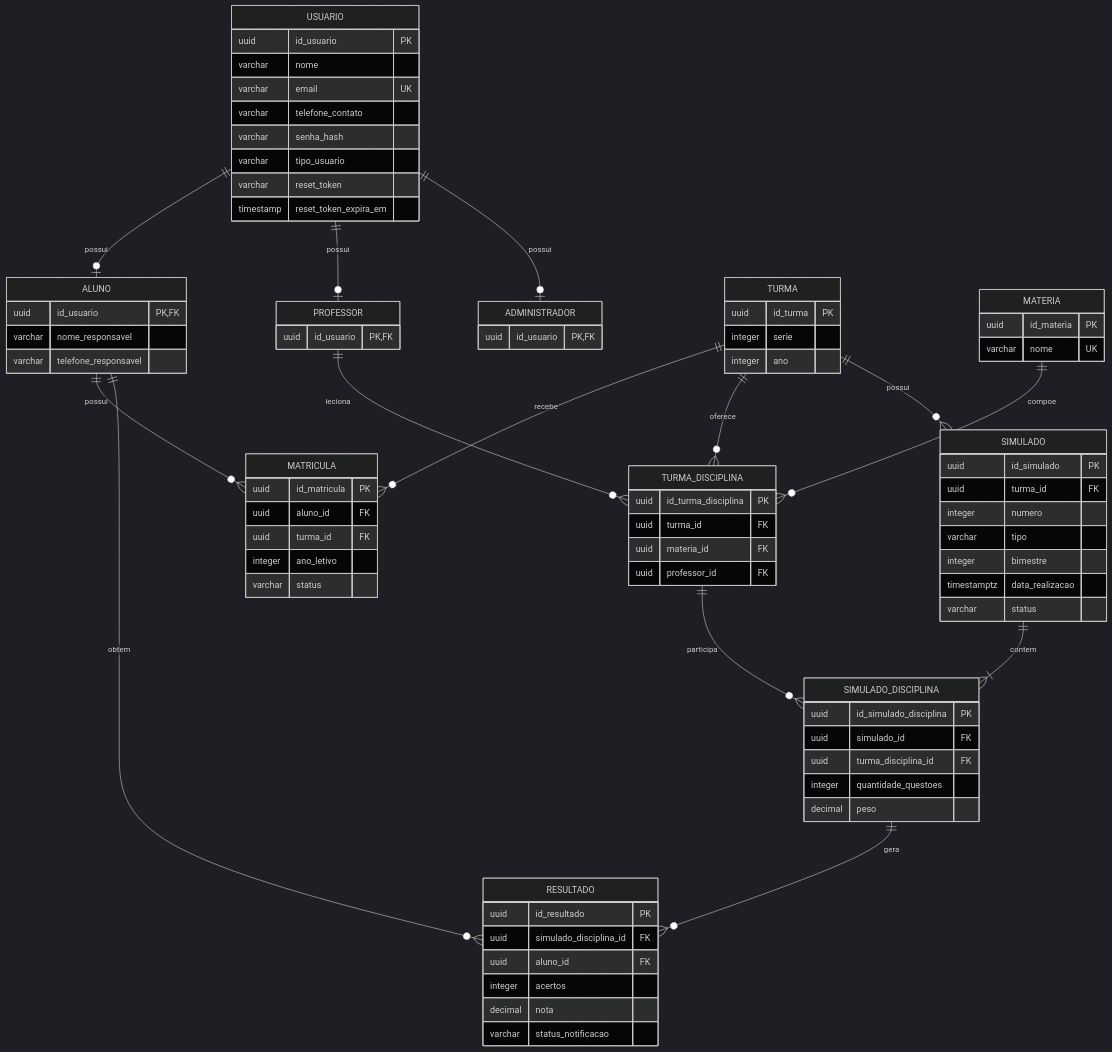
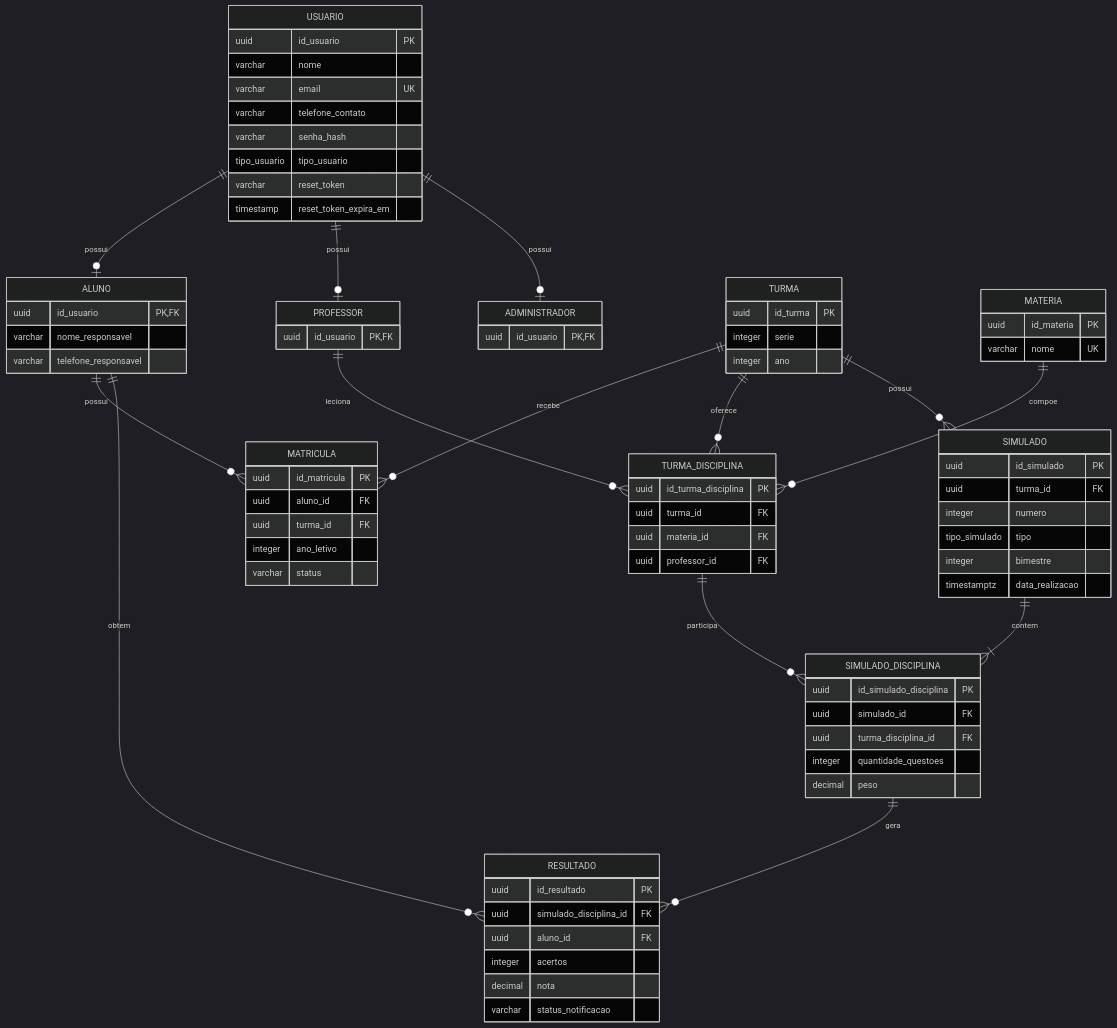
One commit to NotasMAX/Documentacao changed the second of 3 diagrams in modelo-dados/README.md. Above: the diagram before and after it, drawn with Mermaid (dark theme). The commit also changed other lines of this file, not shown here.

```diff
--- a/modelo-dados/README.md
+++ b/modelo-dados/README.md
@@ -97,7 +113,7 @@
         varchar email UK
         varchar telefone_contato
         varchar senha_hash
-        varchar tipo_usuario
+        tipo_usuario tipo_usuario
         varchar reset_token
         timestamp reset_token_expira_em
     }
@@ -146,10 +162,9 @@
         uuid id_simulado PK
         uuid turma_id FK
         integer numero
-        varchar tipo
+        tipo_simulado tipo
         integer bimestre
         timestamptz data_realizacao
-        varchar status
     }
 
     SIMULADO_DISCIPLINA {
```
